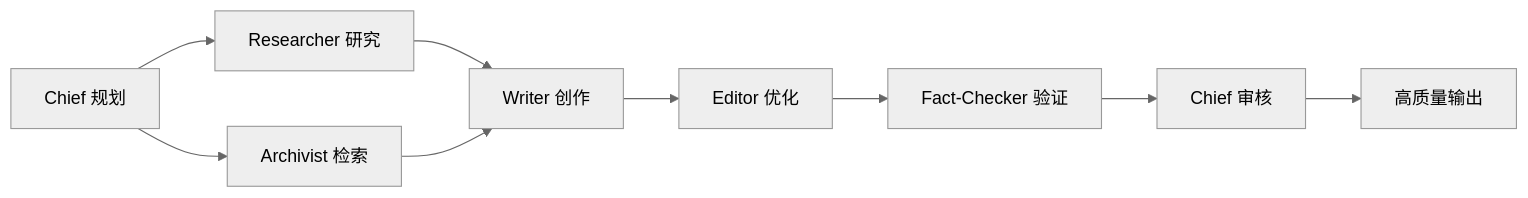
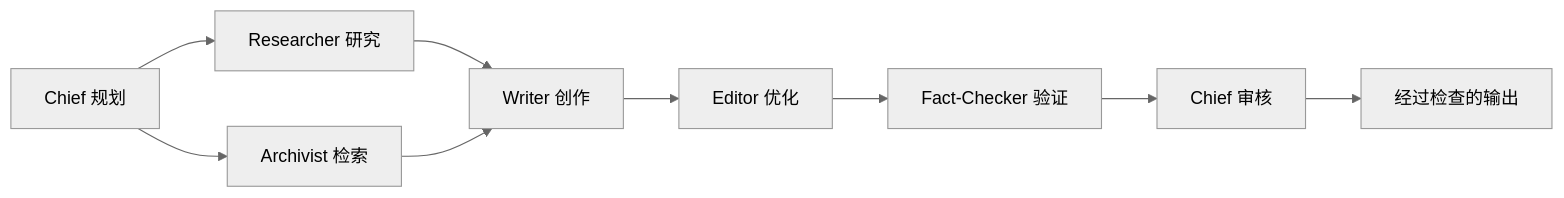
Before and after one commit to Sunnyeung369/human-first-agent-writing: the first of 2 diagrams in README.md, drawn with Mermaid (neutral theme). The commit also changed other lines of this file and 6 other files, not shown here.

````diff
--- a/README.md
+++ b/README.md
@@ -233,11 +233,11 @@
 ```mermaid
 graph LR
     A[Chief 规划] --> B[Researcher 研究]
     A --> C[Archivist 检索]
     B --> D[Writer 创作]
     C --> D
     D --> E[Editor 优化]
     E --> F[Fact-Checker 验证]
     F --> G[Chief 审核]
-    G --> H[高质量输出]
+    G --> H[经过检查的输出]
 ```
````
